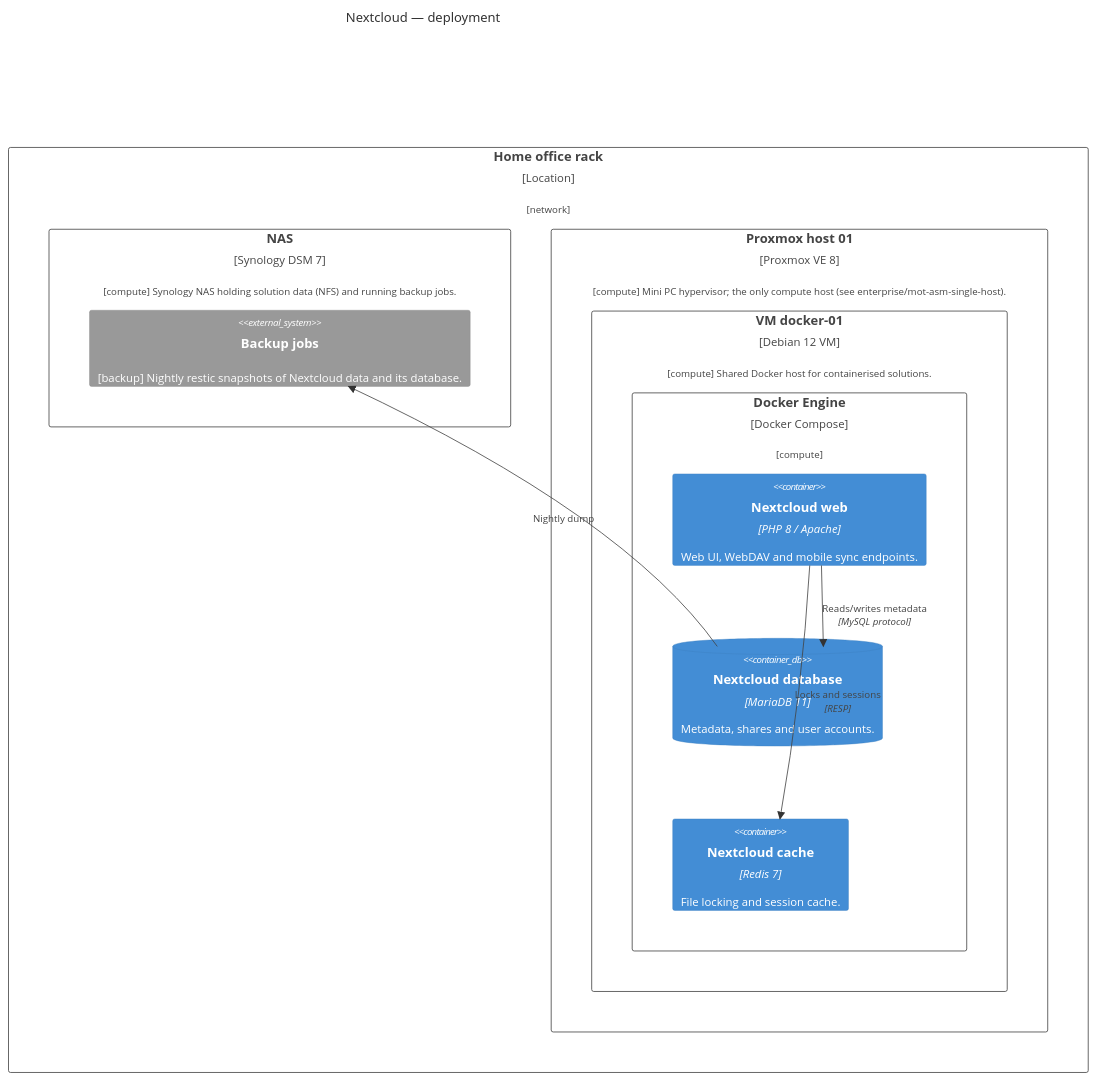
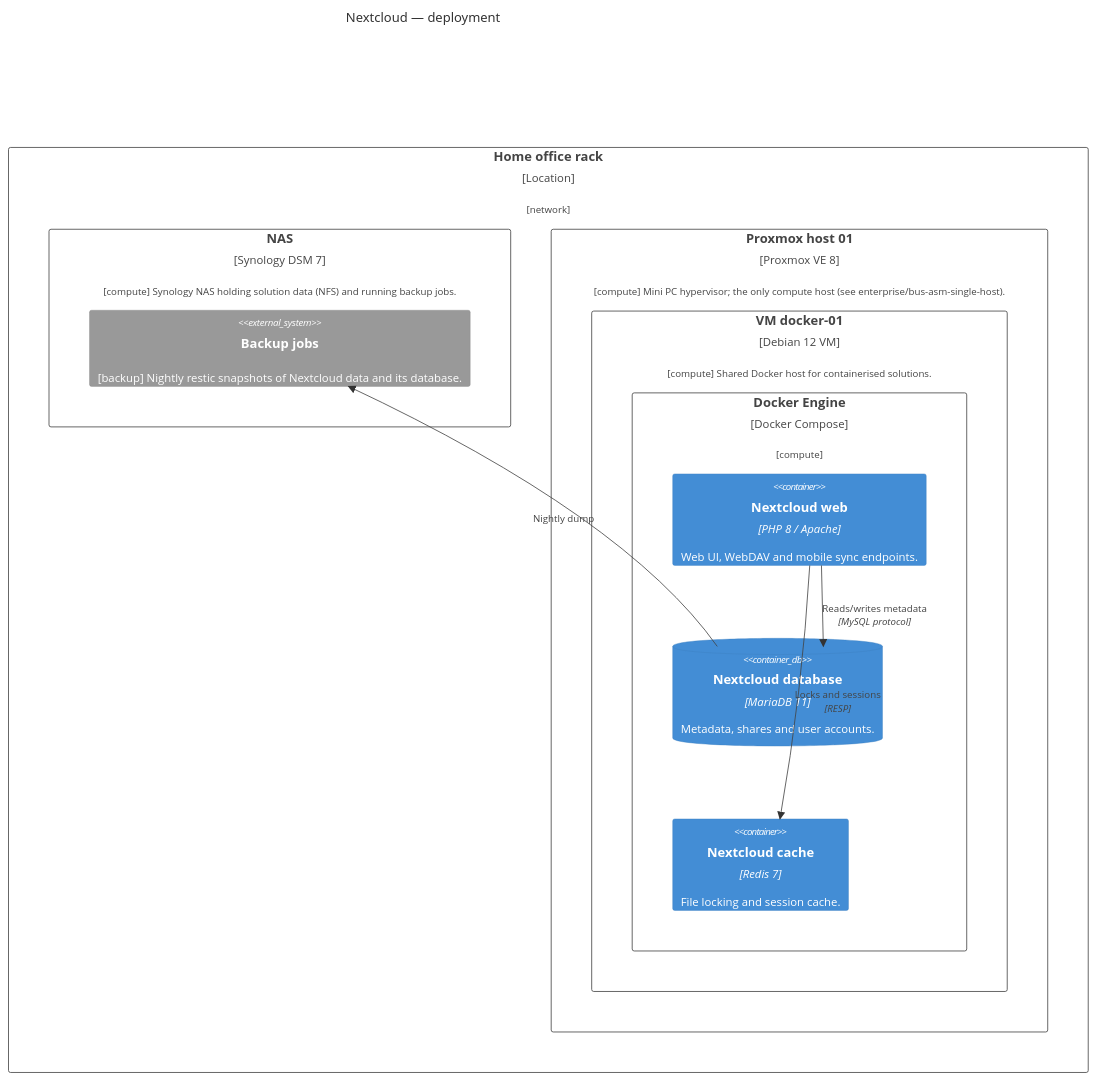
One commit to b-zig/a4m changed the diagram in docs/nextcloud/c4-deployment.md. Above: the diagram before and after it, drawn with Mermaid. The commit also changed other lines of this file and 83 other files, not shown here.

````diff
--- a/docs/nextcloud/c4-deployment.md
+++ b/docs/nextcloud/c4-deployment.md
@@ -6,22 +6,22 @@
 ```mermaid
 C4Deployment
   title Nextcloud — deployment
-  Deployment_Node(network__oth_loc_home, "Home office rack", "Location", "[network]") {
-    Deployment_Node(compute__tech_nas, "NAS", "Synology DSM 7", "[compute] Synology NAS holding solution data (NFS) and running backup jobs.") {
+  Deployment_Node(network__infra_loc_home, "Home office rack", "Location", "[network]") {
+    Deployment_Node(compute__infra_nas, "NAS", "Synology DSM 7", "[compute] Synology NAS holding solution data (NFS) and running backup jobs.") {
       System_Ext(backup__app_backup, "Backup jobs", "[backup] Nightly restic snapshots of Nextcloud data and its database.")
     }
-    Deployment_Node(compute__tech_pve_01, "Proxmox host 01", "Proxmox VE 8", "[compute] Mini PC hypervisor; the only compute host (see enterprise/mot-asm-single-host).") {
-      Deployment_Node(compute__tech_vm_docker, "VM docker-01", "Debian 12 VM", "[compute] Shared Docker host for containerised solutions.") {
-        Deployment_Node(compute__tech_docker, "Docker Engine", "Docker Compose", "[compute]") {
+    Deployment_Node(compute__infra_pve_01, "Proxmox host 01", "Proxmox VE 8", "[compute] Mini PC hypervisor; the only compute host (see enterprise/bus-asm-single-host).") {
+      Deployment_Node(compute__infra_vm_docker, "VM docker-01", "Debian 12 VM", "[compute] Shared Docker host for containerised solutions.") {
+        Deployment_Node(compute__infra_docker, "Docker Engine", "Docker Compose", "[compute]") {
           Container(app_nextcloud_web, "Nextcloud web", "PHP 8 / Apache", "Web UI, WebDAV and mobile sync endpoints.")
           ContainerDb(app_nextcloud_db, "Nextcloud database", "MariaDB 11", "Metadata, shares and user accounts.")
           Container(app_nextcloud_cache, "Nextcloud cache", "Redis 7", "File locking and session cache.")
         }
       }
     }
   }
   Rel(app_nextcloud_web, app_nextcloud_db, "Reads/writes metadata", "MySQL protocol")
   Rel(app_nextcloud_web, app_nextcloud_cache, "Locks and sessions", "RESP")
   Rel(app_nextcloud_db, backup__app_backup, "Nightly dump")
   UpdateLayoutConfig($c4ShapeInRow="4", $c4BoundaryInRow="2")
 ```
````
